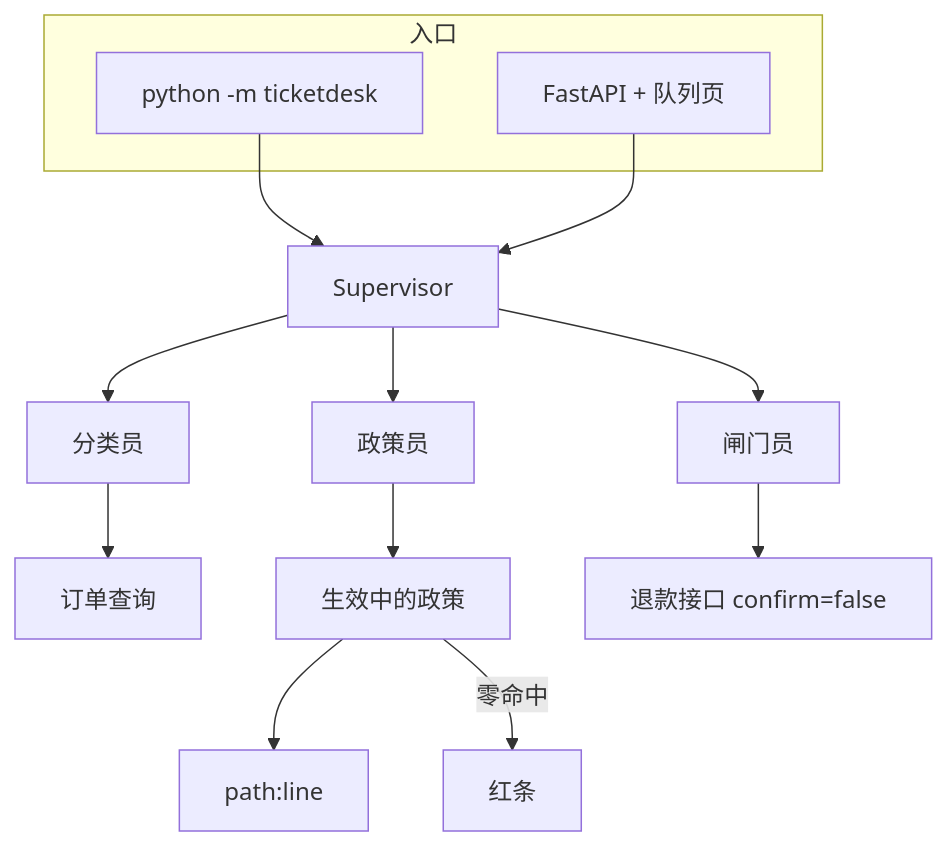
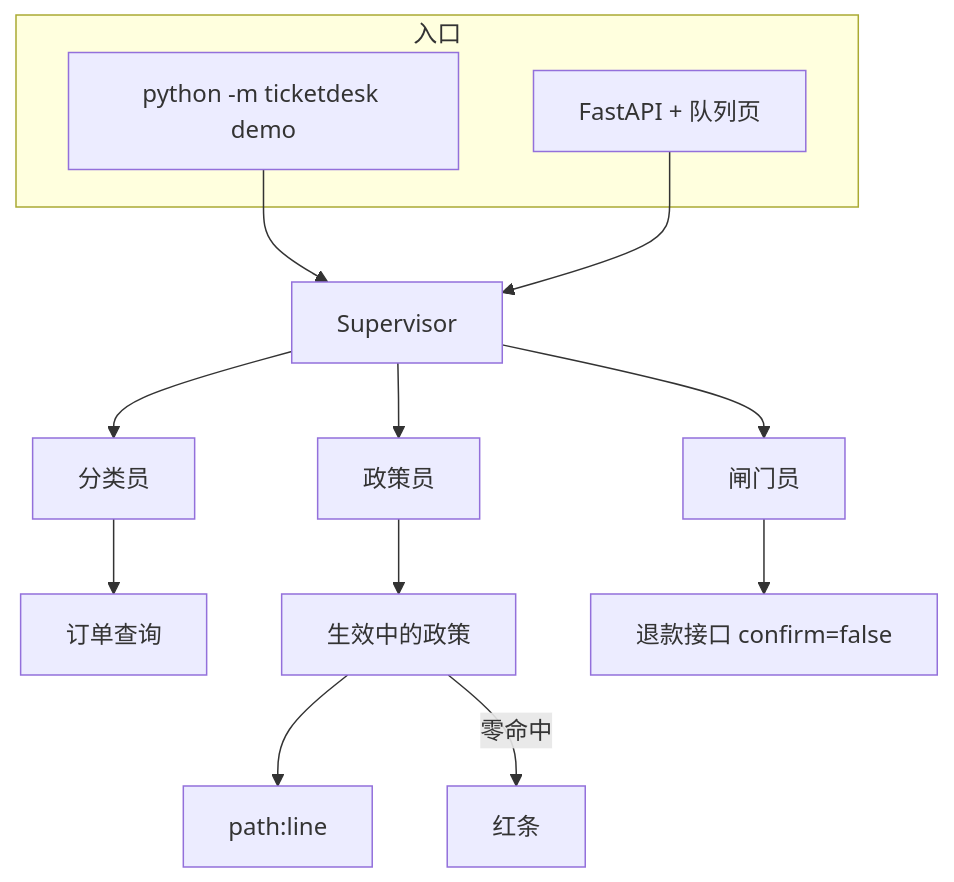
The diagram in docs/weeks/06-ticketdesk.md (SabreKeyZ/agent-xuetang), drawn with Mermaid before and after one commit. The commit also changed other lines of this file and 37 other files, not shown here.

````diff
--- a/docs/weeks/06-ticketdesk.md
+++ b/docs/weeks/06-ticketdesk.md
@@ -64,17 +64,17 @@
 ```mermaid
 flowchart TB
   subgraph 入口
-    CLI[python -m ticketdesk]
+    CLI["python -m ticketdesk demo"]
     WEB[FastAPI + 队列页]
   end
   CLI --> SUP[Supervisor]
   WEB --> SUP
   SUP --> C[分类员]
   SUP --> P[政策员]
   SUP --> G[闸门员]
   C --> ORD[订单查询]
   P --> RAG[生效中的政策]
   G --> PAY[退款接口 confirm=false]
   RAG --> CITE[path:line]
   RAG -->|零命中| REFUSE[红条]
 ```
````
